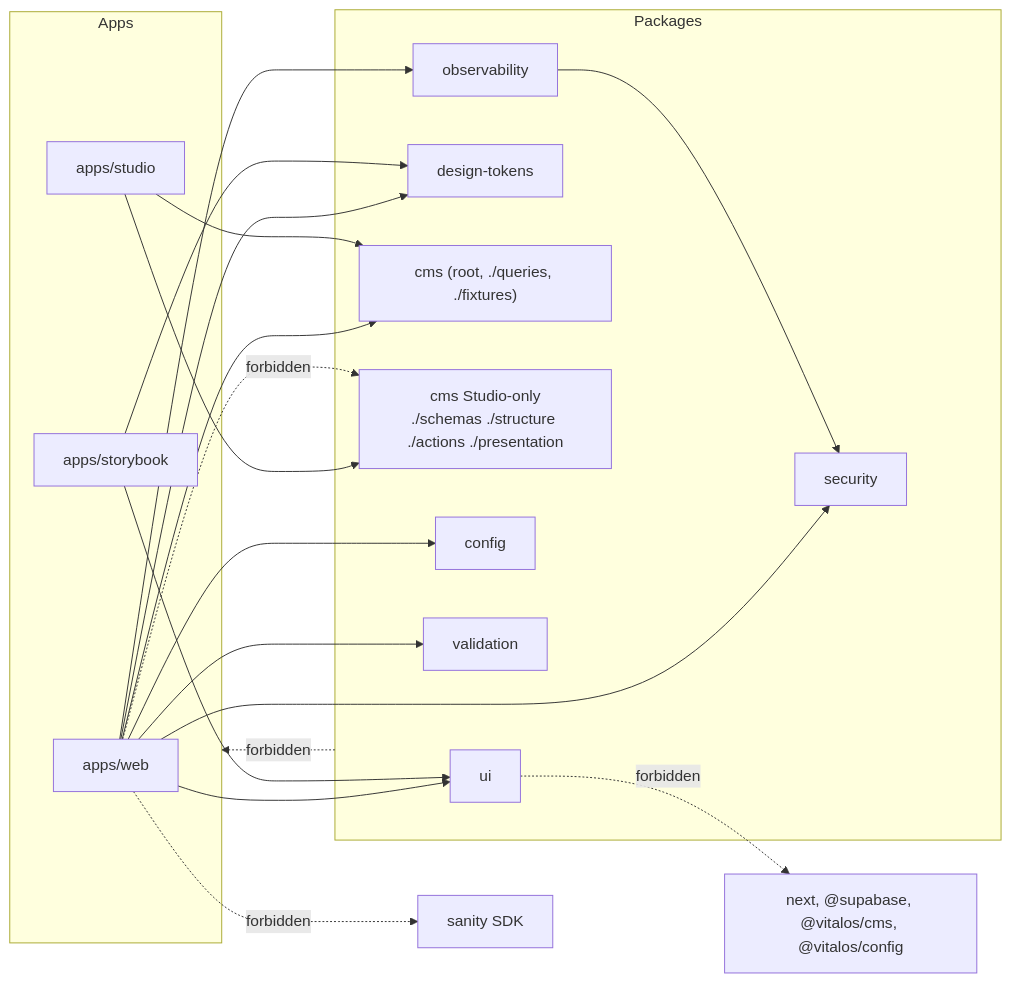
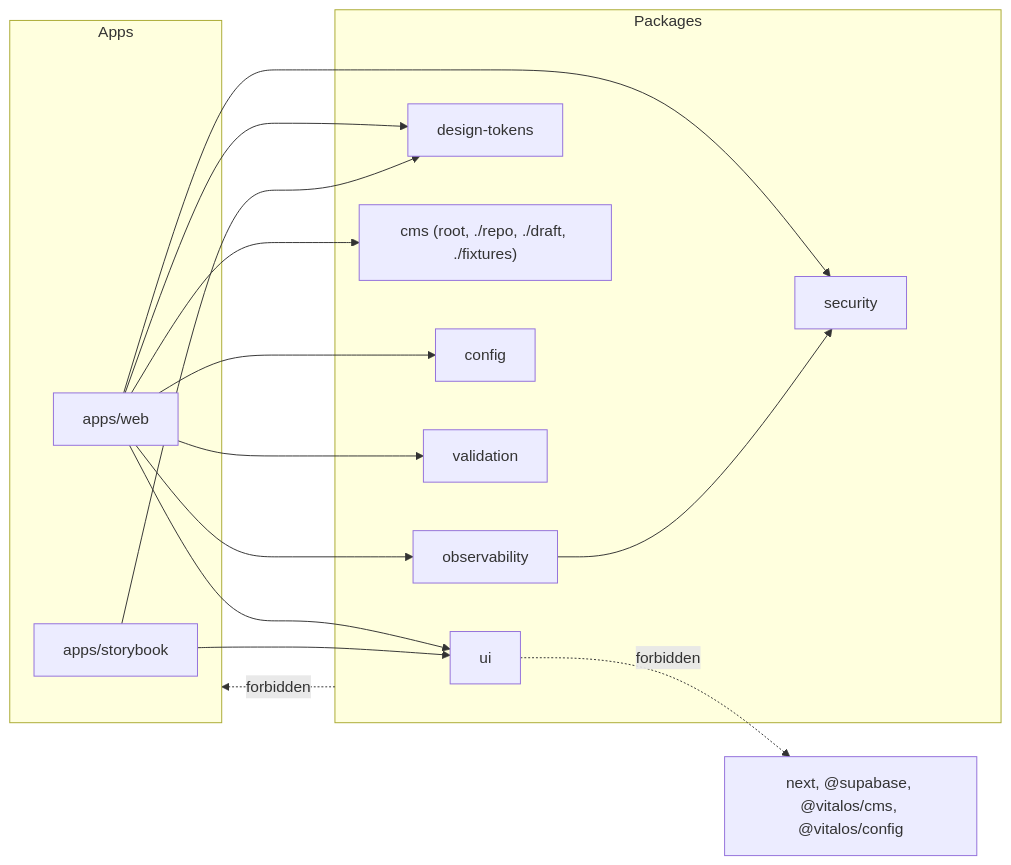
One commit to Isaacpyo/vitalos-platform changed the diagram in docs/architecture/dependency-rules.md. Above: the diagram before and after it, drawn with Mermaid. The commit also changed other lines of this file and 237 other files, not shown here.

````diff
--- a/docs/architecture/dependency-rules.md
+++ b/docs/architecture/dependency-rules.md
@@ -5,27 +5,21 @@
 ```mermaid
 flowchart LR
   subgraph Apps
     Web[apps/web]
-    Studio[apps/studio]
     Storybook[apps/storybook]
   end
   subgraph Packages
     UI[ui]
     Tokens[design-tokens]
-    CMS["cms (root, ./queries, ./fixtures)"]
-    CMSS["cms Studio-only<br/>./schemas ./structure ./actions ./presentation"]
+    CMS["cms (root, ./repo, ./draft, ./fixtures)"]
     Config[config]
     Validation[validation]
     Security[security]
     Obs[observability]
   end
   Web --> UI & Tokens & CMS & Config & Validation & Security & Obs
-  Studio --> CMS
-  Studio --> CMSS
   Storybook --> UI & Tokens
   Obs --> Security
-  Web -. forbidden .-> CMSS
-  Web -. forbidden .-> Sanity["sanity SDK"]
   UI -. forbidden .-> Next["next, @supabase, @vitalos/cms, @vitalos/config"]
   Packages -. forbidden .-> Apps
 ```
````
